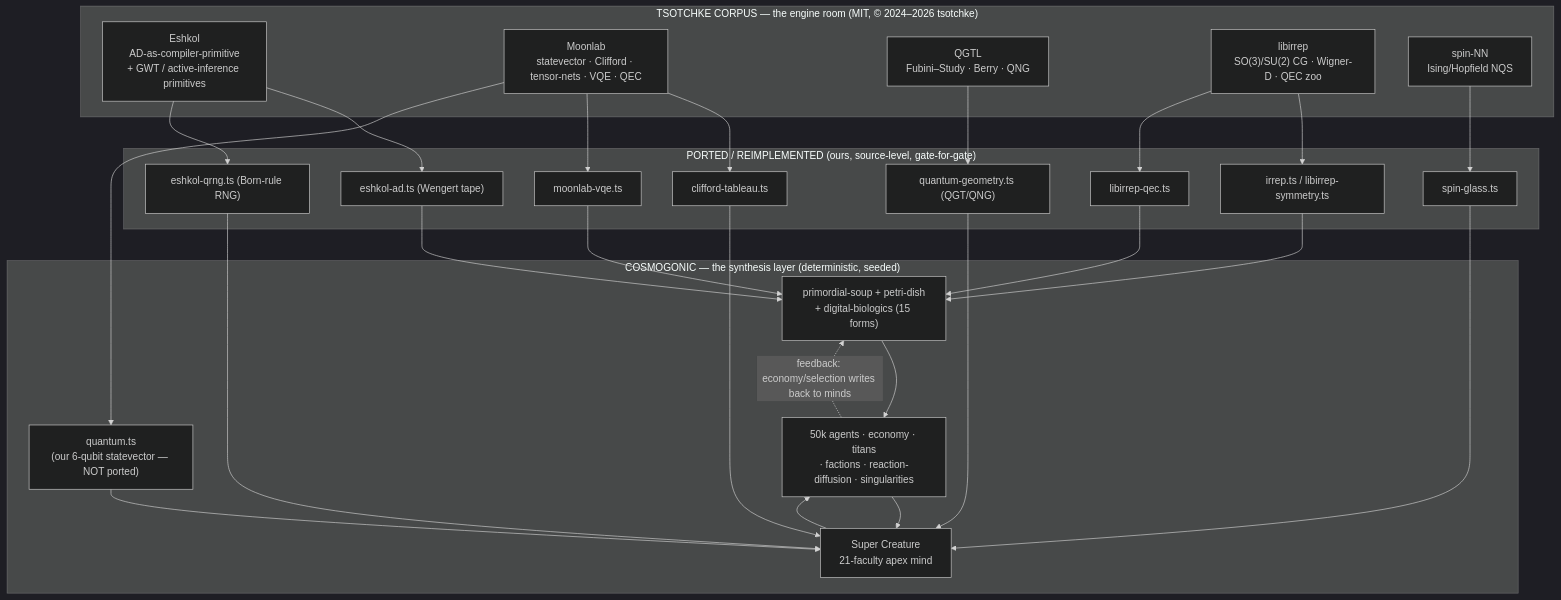
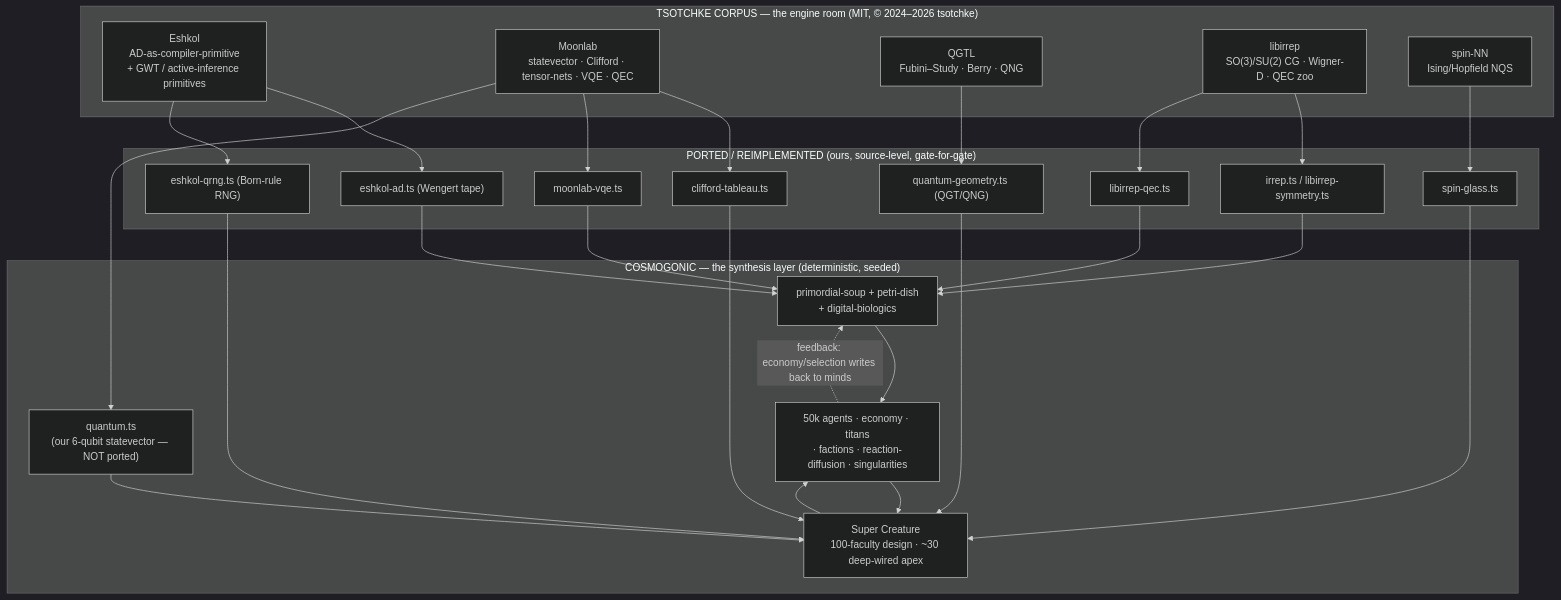
One commit to 0thernes/cosmogonic-quantum-mechalogodrom changed the first of 3 diagrams in docs/reports/2026-06-20-SUPER-REPORT-PATH-TO-NHSI-AND-SENTIENCE.md. Above: the diagram before and after it, drawn with Mermaid (dark theme). The commit also changed other lines of this file and 10 other files, not shown here.

````diff
--- a/docs/reports/2026-06-20-SUPER-REPORT-PATH-TO-NHSI-AND-SENTIENCE.md
+++ b/docs/reports/2026-06-20-SUPER-REPORT-PATH-TO-NHSI-AND-SENTIENCE.md
@@ -120,39 +118,39 @@
 ```mermaid
 graph TD
   subgraph TSOTCHKE["TSOTCHKE CORPUS — the engine room (MIT, © 2024–2026 tsotchke)"]
     ESH["Eshkol<br/>AD-as-compiler-primitive<br/>+ GWT / active-inference primitives"]
     MOON["Moonlab<br/>statevector · Clifford · tensor-nets · VQE · QEC"]
     QGTL["QGTL<br/>Fubini–Study · Berry · QNG"]
     LIB["libirrep<br/>SO(3)/SU(2) CG · Wigner-D · QEC zoo"]
     SPIN["spin-NN<br/>Ising/Hopfield NQS"]
   end
 
   subgraph PORT["PORTED / REIMPLEMENTED (ours, source-level, gate-for-gate)"]
     AD["eshkol-ad.ts (Wengert tape)"]
     QRNG["eshkol-qrng.ts (Born-rule RNG)"]
     CLIFF["clifford-tableau.ts"]
     QGT["quantum-geometry.ts (QGT/QNG)"]
     SG["spin-glass.ts"]
     IRR["irrep.ts / libirrep-symmetry.ts"]
     VQE["moonlab-vqe.ts"]
     QEC["libirrep-qec.ts"]
   end
 
   subgraph COSMO["COSMOGONIC — the synthesis layer (deterministic, seeded)"]
-    MIND["Super Creature<br/>21-faculty apex mind"]
-    SOUP["primordial-soup + petri-dish<br/>+ digital-biologics (15 forms)"]
+    MIND["Super Creature<br/>100-faculty design · ~30 deep-wired apex"]
+    SOUP["primordial-soup + petri-dish<br/>+ digital-biologics"]
     WORLD["50k agents · economy · titans<br/>· factions · reaction-diffusion · singularities"]
     QREG["quantum.ts<br/>(our 6-qubit statevector — NOT ported)"]
   end
 
   ESH --> AD; ESH --> QRNG
   MOON --> CLIFF; MOON --> VQE; MOON --> QREG
   QGTL --> QGT
   LIB --> IRR; LIB --> QEC
   SPIN --> SG
 
   AD --> SOUP; QRNG --> MIND; CLIFF --> MIND; QGT --> MIND
   SG --> MIND; IRR --> SOUP; VQE --> SOUP; QEC --> SOUP; QREG --> MIND
   MIND --> WORLD; SOUP --> WORLD; WORLD --> MIND
   WORLD -. "feedback: economy/selection writes back to minds" .-> SOUP
 ```
````
